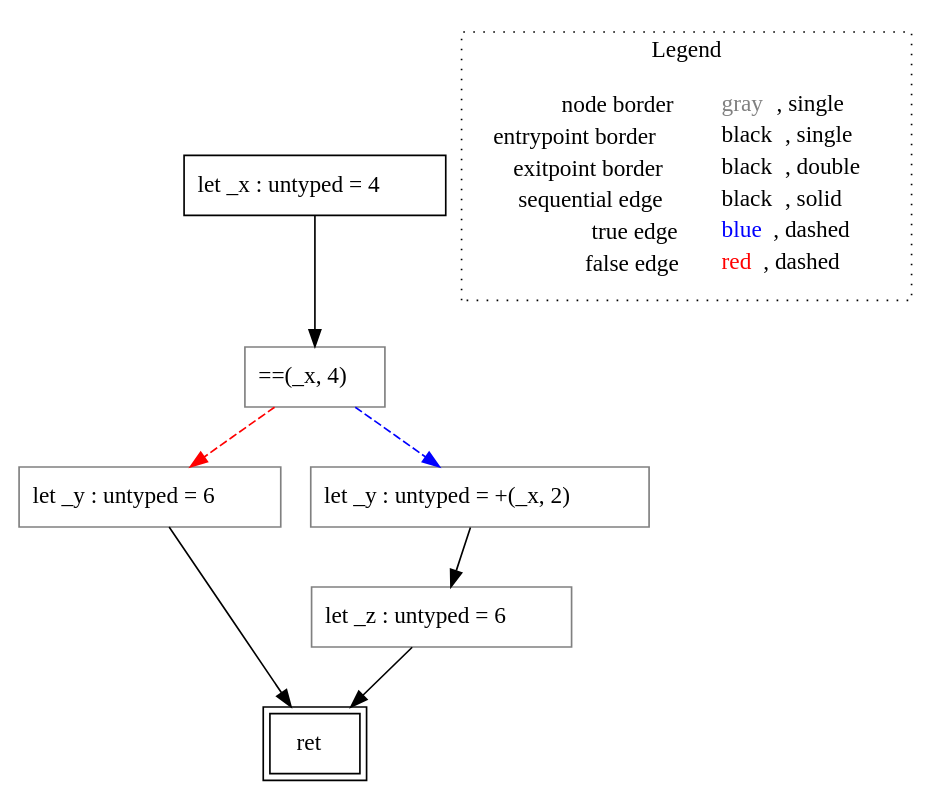
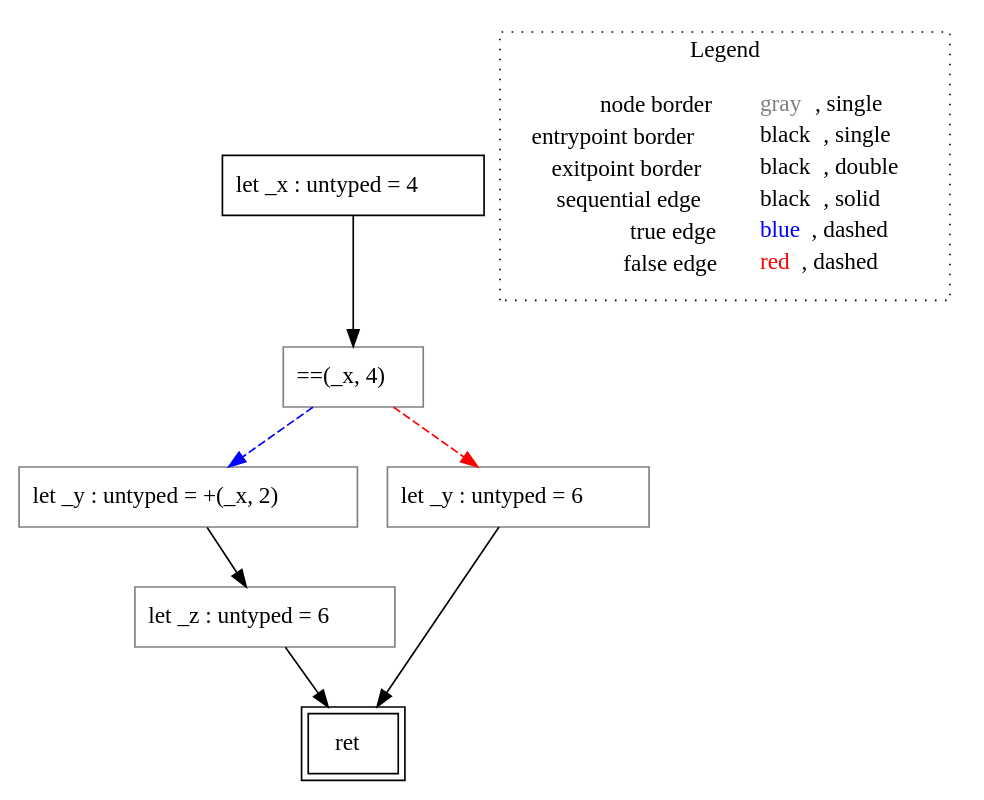
The diagram in rust-lisa/rust-testcases/cfg/return-void/()_rust-testcases_cfg_return-void_return-void.rs.func3().dot (VincenzoArceri/rust-lisa), drawn with Graphviz before and after one commit. The commit also changed 6 other files, not shown here.

```diff
--- a/rust-lisa/rust-testcases/cfg/return-void/()_rust-testcases_cfg_return-void_return-void.rs.func3().dot
+++ b/rust-lisa/rust-testcases/cfg/return-void/()_rust-testcases_cfg_return-void_return-void.rs.func3().dot
@@ -1,21 +1,21 @@
 digraph {
 	"node0" [shape="rect",color="black",label=<let _x : untyped = 4>];
 	"node1" [shape="rect",color="gray",label=<==(_x, 4)>];
-	"node2" [shape="rect",color="gray",label=<let _y : untyped = 6>];
+	"node2" [shape="rect",color="black",peripheries="2",label=<ret>];
 	"node3" [shape="rect",color="gray",label=<let _y : untyped = +(_x, 2)>];
-	"node4" [shape="rect",color="gray",label=<let _z : untyped = 6>];
-	"node5" [shape="rect",color="black",peripheries="2",label=<ret>];
-	"node1" -> "node2" [color="red",style="dashed"];
+	"node4" [shape="rect",color="gray",label=<let _y : untyped = 6>];
+	"node5" [shape="rect",color="gray",label=<let _z : untyped = 6>];
+	"node0" -> "node1" [color="black"];
 	"node1" -> "node3" [color="blue",style="dashed"];
-	"node0" -> "node1" [color="black"];
-	"node2" -> "node5" [color="black"];
-	"node3" -> "node4" [color="black"];
-	"node4" -> "node5" [color="black"];
+	"node1" -> "node4" [color="red",style="dashed"];
+	"node3" -> "node5" [color="black"];
+	"node4" -> "node2" [color="black"];
+	"node5" -> "node2" [color="black"];
 subgraph cluster_legend {
 	label="Legend";
 	style=dotted;
 	node [shape=plaintext];
 	"legend" [label=<<table border="0" cellpadding="2" cellspacing="0" cellborder="0"><tr><td align="right">node border&nbsp;</td><td align="left"><font color="gray">gray</font>, single</td></tr><tr><td align="right">entrypoint border&nbsp;</td><td align="left"><font color="black">black</font>, single</td></tr><tr><td align="right">exitpoint border&nbsp;</td><td align="left"><font color="black">black</font>, double</td></tr><tr><td align="right">sequential edge&nbsp;</td><td align="left"><font color="black">black</font>, solid</td></tr><tr><td align="right">true edge&nbsp;</td><td align="left"><font color="blue">blue</font>, dashed</td></tr><tr><td align="right">false edge&nbsp;</td><td align="left"><font color="red">red</font>, dashed</td></tr></table>>];
 }
 
 }
```
